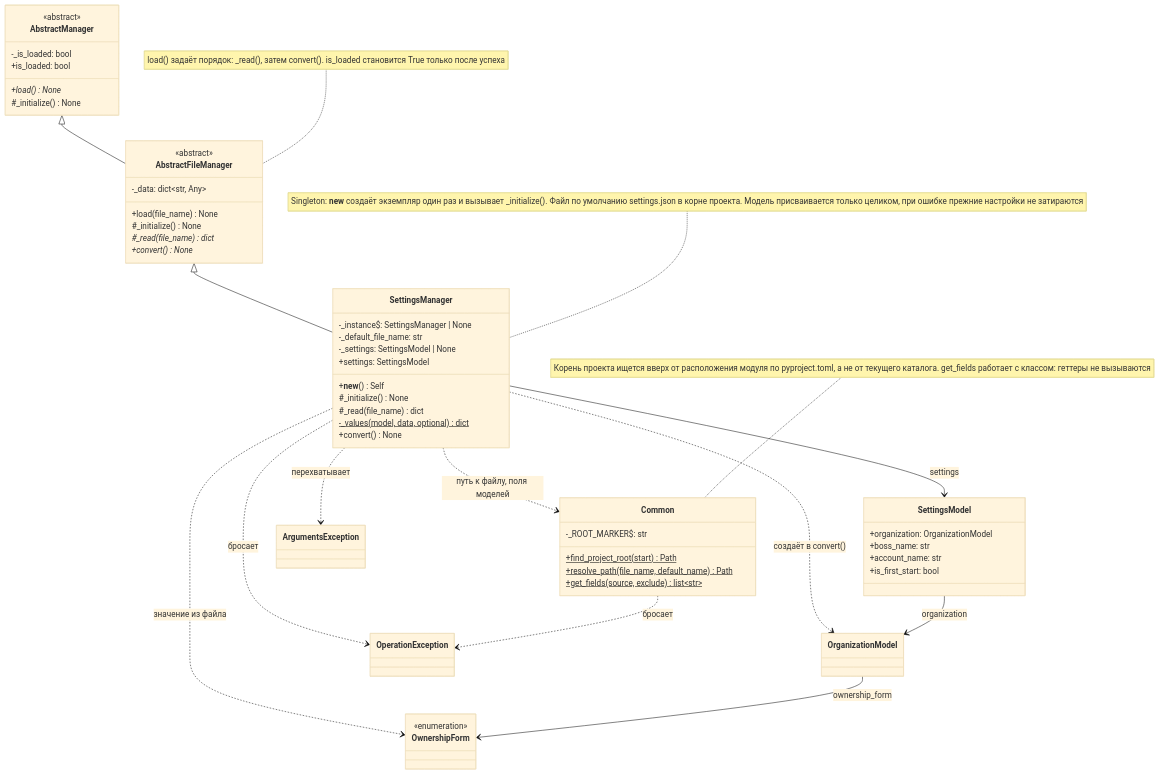
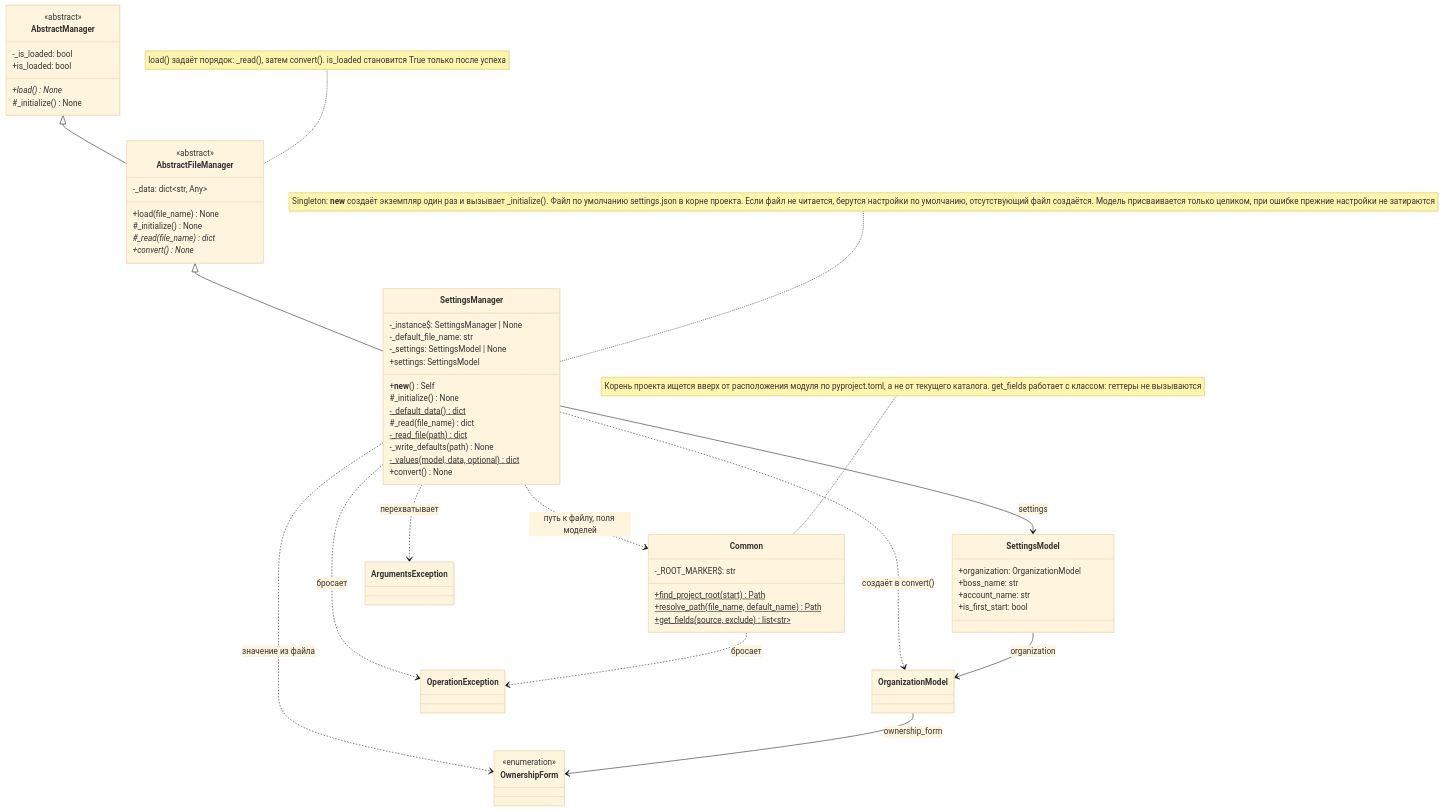
One commit to asutenshi/design-patterns changed the third of 4 diagrams in Docs/ClassDiagram.md. Above: the diagram before and after it, drawn with Mermaid (base theme). The commit also changed 4 other files, not shown here.

Commit message:
feat: use default settings if we can't read file

````diff
--- a/Docs/ClassDiagram.md
+++ b/Docs/ClassDiagram.md
@@ -168,72 +168,75 @@
 ```mermaid
 classDiagram
     direction TB
 
     class AbstractManager {
         <<abstract>>
         -_is_loaded: bool
         +is_loaded: bool
         +load()* None
         #_initialize() None
     }
 
     class AbstractFileManager {
         <<abstract>>
         -_data: dict~str, Any~
         +load(file_name) None
         #_initialize() None
         #_read(file_name)* dict
         +convert()* None
     }
 
     note for AbstractFileManager "load() задаёт порядок: _read(), затем convert(). is_loaded становится True только после успеха"
 
     class Common {
         -_ROOT_MARKER$: str
         +find_project_root(start)$ Path
         +resolve_path(file_name, default_name)$ Path
         +get_fields(source, exclude)$ list~str~
     }
 
     note for Common "Корень проекта ищется вверх от расположения модуля по pyproject.toml, а не от текущего каталога. get_fields работает с классом: геттеры не вызываются"
 
     class SettingsManager {
         -_instance$: SettingsManager | None
         -_default_file_name: str
         -_settings: SettingsModel | None
         +settings: SettingsModel
         +__new__() Self
         #_initialize() None
+        -_default_data()$ dict
         #_read(file_name) dict
+        -_read_file(path)$ dict
+        -_write_defaults(path) None
         -_values(model, data, optional)$ dict
         +convert() None
     }
 
-    note for SettingsManager "Singleton: __new__ создаёт экземпляр один раз и вызывает _initialize(). Файл по умолчанию settings.json в корне проекта. Модель присваивается только целиком, при ошибке прежние настройки не затираются"
+    note for SettingsManager "Singleton: __new__ создаёт экземпляр один раз и вызывает _initialize(). Файл по умолчанию settings.json в корне проекта. Если файл не читается, берутся настройки по умолчанию, отсутствующий файл создаётся. Модель присваивается только целиком, при ошибке прежние настройки не затираются"
 
     class SettingsModel {
         +organization: OrganizationModel
         +boss_name: str
         +account_name: str
         +is_first_start: bool
     }
 
     class OrganizationModel
     class OwnershipForm {
         <<enumeration>>
     }
     class ArgumentsException
     class OperationException
 
     AbstractManager <|-- AbstractFileManager
     AbstractFileManager <|-- SettingsManager
     SettingsManager --> SettingsModel : settings
     SettingsModel --> OrganizationModel : organization
     OrganizationModel --> OwnershipForm : ownership_form
     SettingsManager ..> Common : путь к файлу, поля моделей
     Common ..> OperationException : бросает
     SettingsManager ..> OrganizationModel : создаёт в convert()
     SettingsManager ..> OwnershipForm : значение из файла
     SettingsManager ..> ArgumentsException : перехватывает
     SettingsManager ..> OperationException : бросает
 ```
````
